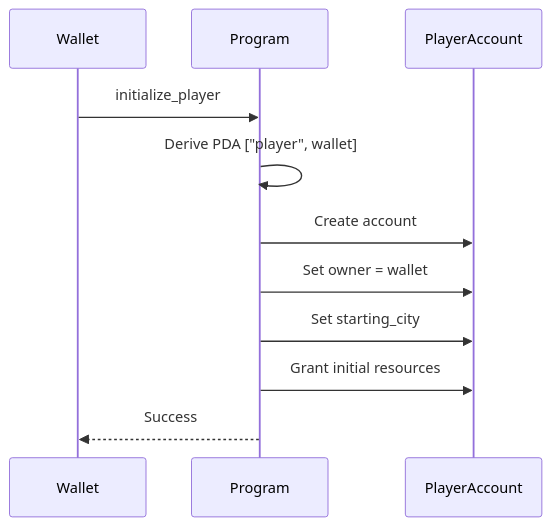
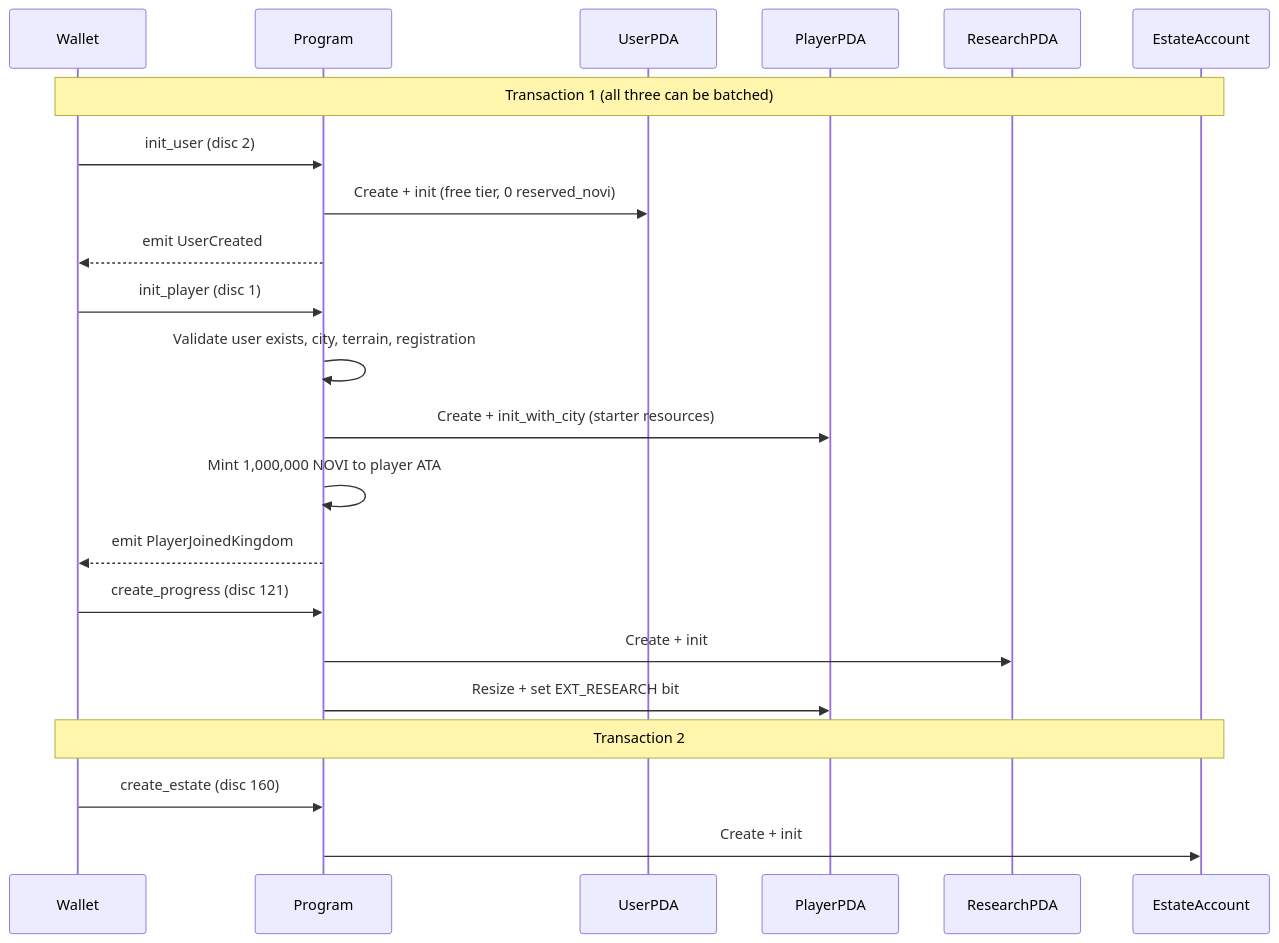
The third of 4 diagrams in docs/onchain/02-player-journey/onboarding.md (crypt0miester/novus-mundus), drawn with Mermaid before and after one commit. The commit also changed other lines of this file and 259 other files, not shown here.

Commit message:
Add player journey game plan: narrative arc, the Steward, estate redesign and Market unbundling

````diff
--- a/docs/onchain/02-player-journey/onboarding.md
+++ b/docs/onchain/02-player-journey/onboarding.md
@@ -44,14 +153,30 @@
 ```mermaid
 sequenceDiagram
     participant Wallet
     participant Program
-    participant PlayerAccount
+    participant UserPDA
+    participant PlayerPDA
+    participant ResearchPDA
+    participant EstateAccount
 
-    Wallet->>Program: initialize_player
-    Program->>Program: Derive PDA ["player", wallet]
-    Program->>PlayerAccount: Create account
-    Program->>PlayerAccount: Set owner = wallet
-    Program->>PlayerAccount: Set starting_city
-    Program->>PlayerAccount: Grant initial resources
-    Program-->>Wallet: Success
+    Note over Wallet,EstateAccount: Transaction 1 (all three can be batched)
+
+    Wallet->>Program: init_user (disc 2)
+    Program->>UserPDA: Create + init (free tier, 0 reserved_novi)
+    Program-->>Wallet: emit UserCreated
+
+    Wallet->>Program: init_player (disc 1)
+    Program->>Program: Validate user exists, city, terrain, registration
+    Program->>PlayerPDA: Create + init_with_city (starter resources)
+    Program->>Program: Mint 1,000,000 NOVI to player ATA
+    Program-->>Wallet: emit PlayerJoinedKingdom
+
+    Wallet->>Program: create_progress (disc 121)
+    Program->>ResearchPDA: Create + init
+    Program->>PlayerPDA: Resize + set EXT_RESEARCH bit
+
+    Note over Wallet,EstateAccount: Transaction 2
+
+    Wallet->>Program: create_estate (disc 160)
+    Program->>EstateAccount: Create + init
 ```
````
